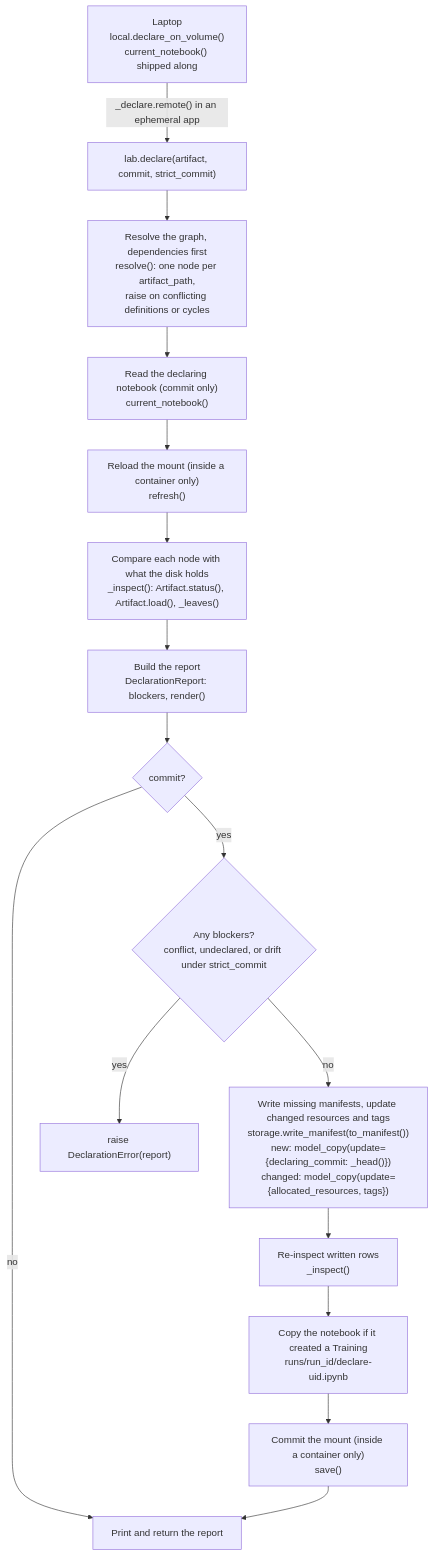
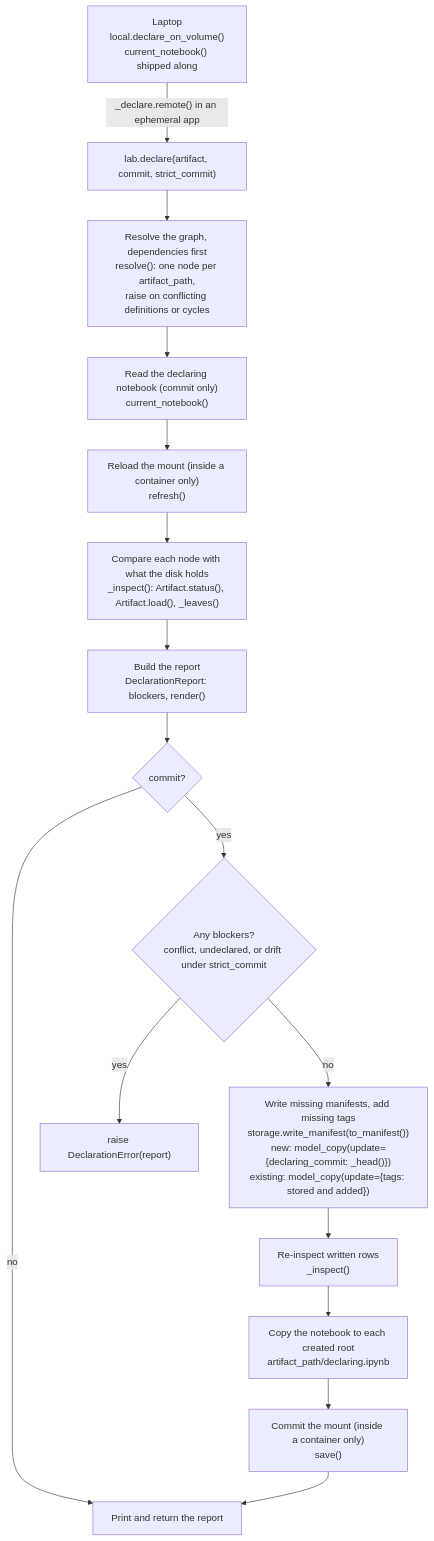
One commit to ocanphys/launchpad changed the second of 2 diagrams in docs/lab.md. Above: the diagram before and after it, drawn with Mermaid. The commit also changed other lines of this file and 25 other files, not shown here.

````diff
--- a/docs/lab.md
+++ b/docs/lab.md
@@ -113,18 +144,18 @@
 ```mermaid
 flowchart TD
   LAP["Laptop<br/>local.declare_on_volume()<br/>current_notebook() shipped along"] -->|"_declare.remote() in an ephemeral app"| S
   S["lab.declare(artifact, commit, strict_commit)"] --> R["Resolve the graph, dependencies first<br/>resolve(): one node per artifact_path,<br/>raise on conflicting definitions or cycles"]
   R --> NBK["Read the declaring notebook (commit only)<br/>current_notebook()"]
   NBK --> RF["Reload the mount (inside a container only)<br/>refresh()"]
   RF --> I["Compare each node with what the disk holds<br/>_inspect(): Artifact.status(), Artifact.load(), _leaves()"]
   I --> REP["Build the report<br/>DeclarationReport: blockers, render()"]
   REP --> C{"commit?"}
   C -->|no| OUT["Print and return the report"]
   C -->|yes| BL{"Any blockers?<br/>conflict, undeclared, or drift under strict_commit"}
   BL -->|yes| ERR["raise DeclarationError(report)"]
-  BL -->|no| W["Write missing manifests, update changed resources and tags<br/>storage.write_manifest(to_manifest())<br/>new: model_copy(update={declaring_commit: _head()})<br/>changed: model_copy(update={allocated_resources, tags})"]
+  BL -->|no| W["Write missing manifests, add missing tags<br/>storage.write_manifest(to_manifest())<br/>new: model_copy(update={declaring_commit: _head()})<br/>existing: model_copy(update={tags: stored and added})"]
   W --> RI["Re-inspect written rows<br/>_inspect()"]
-  RI --> CP["Copy the notebook if it created a Training<br/>runs/run_id/declare-uid.ipynb"]
+  RI --> CP["Copy the notebook to each created root<br/>artifact_path/declaring.ipynb"]
   CP --> SV["Commit the mount (inside a container only)<br/>save()"]
   SV --> OUT
 ```
````
